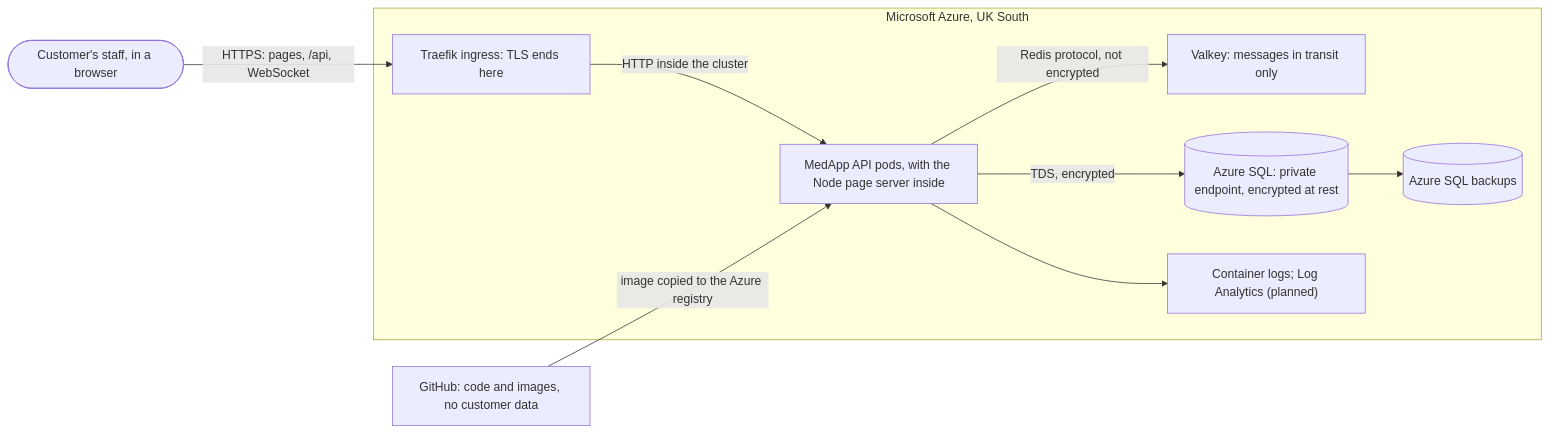
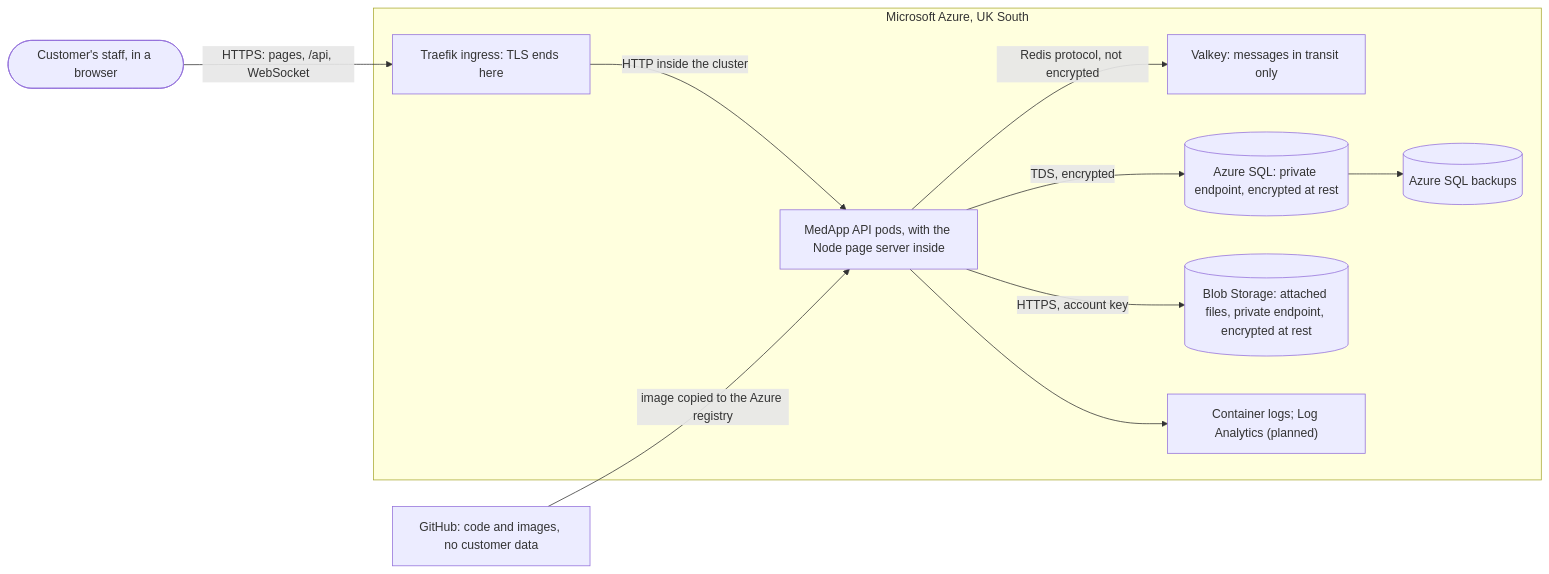
One commit to Aliator/MedApp changed the diagram in docs/governance/data-inventory.md. Above: the diagram before and after it, drawn with Mermaid. The commit also changed other lines of this file and 25 other files, not shown here.

Commit message:
Added attachments to the governance pack, the clinical safety file and the architecture handbook

````diff
--- a/docs/governance/data-inventory.md
+++ b/docs/governance/data-inventory.md
@@ -55,20 +61,22 @@
 ```mermaid
 flowchart LR
     staff(["Customer's staff, in a browser"])
     subgraph uk["Microsoft Azure, UK South"]
       ingress["Traefik ingress: TLS ends here"]
       api["MedApp API pods, with the Node page server inside"]
       valkey["Valkey: messages in transit only"]
       sql[("Azure SQL: private endpoint, encrypted at rest")]
+      blob[("Blob Storage: attached files, private endpoint, encrypted at rest")]
       backups[("Azure SQL backups")]
       logs["Container logs; Log Analytics (planned)"]
     end
     gh["GitHub: code and images, no customer data"]
     staff -->|"HTTPS: pages, /api, WebSocket"| ingress
     ingress -->|"HTTP inside the cluster"| api
     api -->|"TDS, encrypted"| sql
+    api -->|"HTTPS, account key"| blob
     api -->|"Redis protocol, not encrypted"| valkey
     sql --> backups
     api --> logs
     gh -->|"image copied to the Azure registry"| api
 ```
````
